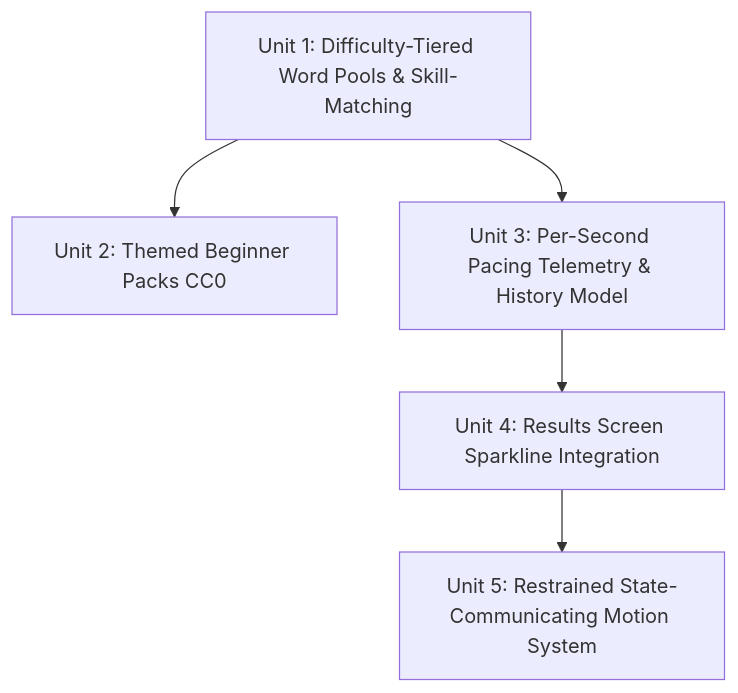
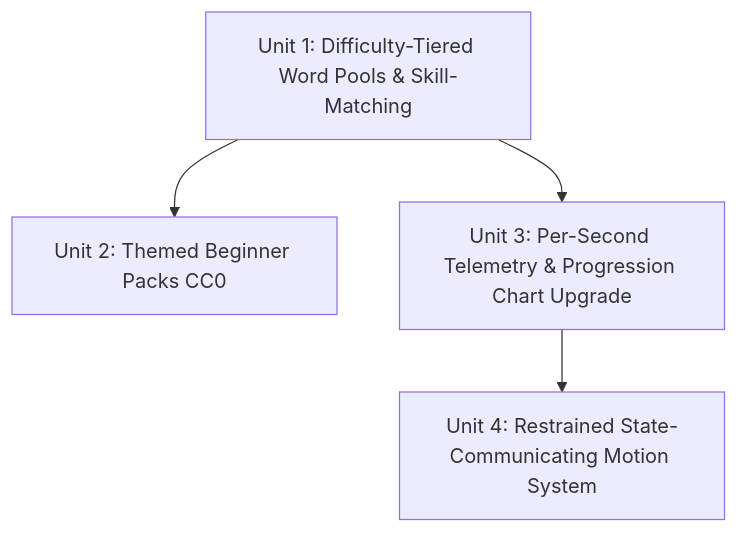
Before and after one commit to krishna8600/instanttyping: the diagram in docs/goldmine-plan.md, drawn with Mermaid. The commit also changed other lines of this file and 16 other files, not shown here.

Commit message:
feat: goldmine merged unit 3+4 - per-second telemetry + progression chart upgrade (incl. i18n interpolation fix, adaptive chart axis, tooltip collision avoidance)

````diff
--- a/docs/goldmine-plan.md
+++ b/docs/goldmine-plan.md
@@ -27,7 +27,6 @@
 ```mermaid
 graph TD
     U1[Unit 1: Difficulty-Tiered Word Pools & Skill-Matching] --> U2[Unit 2: Themed Beginner Packs CC0]
-    U1 --> U3[Unit 3: Per-Second Pacing Telemetry & History Model]
-    U3 --> U4[Unit 4: Results Screen Sparkline Integration]
-    U4 --> U5[Unit 5: Restrained State-Communicating Motion System]
+    U1 --> U3[Unit 3: Per-Second Telemetry & Progression Chart Upgrade]
+    U3 --> U4[Unit 4: Restrained State-Communicating Motion System]
 ```
````
